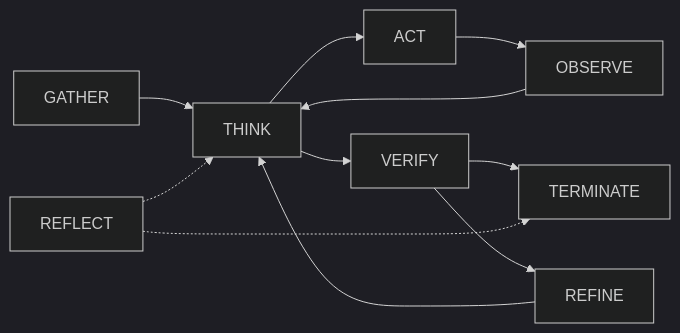
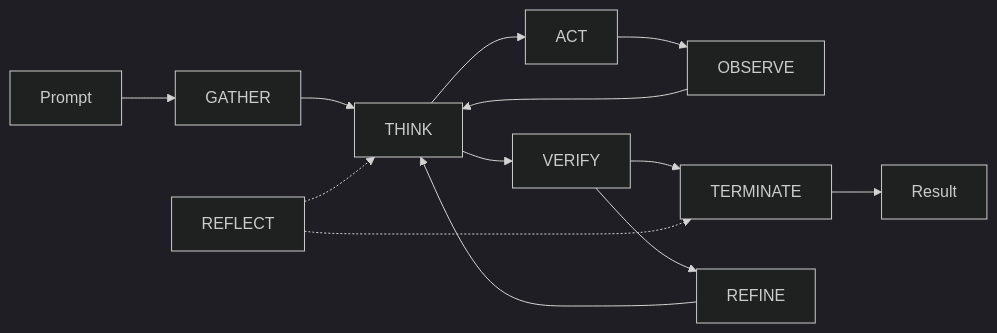
One commit to archerzing-tech/agent-event-loop changed the second of 2 diagrams in README.md. Above: the diagram before and after it, drawn with Mermaid (dark theme). The commit also changed other lines of this file, not shown here.

Commit message:
merge duplicate state diagrams into single unified flow

````diff
--- a/README.md
+++ b/README.md
@@ -63,13 +47,15 @@
 ```mermaid
-graph LR
+flowchart LR
+    Input["Prompt"] --> GATHER
     GATHER --> THINK
     THINK --> ACT
     ACT --> OBSERVE
     OBSERVE --> THINK
     THINK --> VERIFY
     VERIFY --> TERMINATE
     VERIFY --> REFINE
     REFINE --> THINK
     REFLECT -.-> THINK
     REFLECT -.-> TERMINATE
+    TERMINATE --> Output["Result"]
 ```
````
